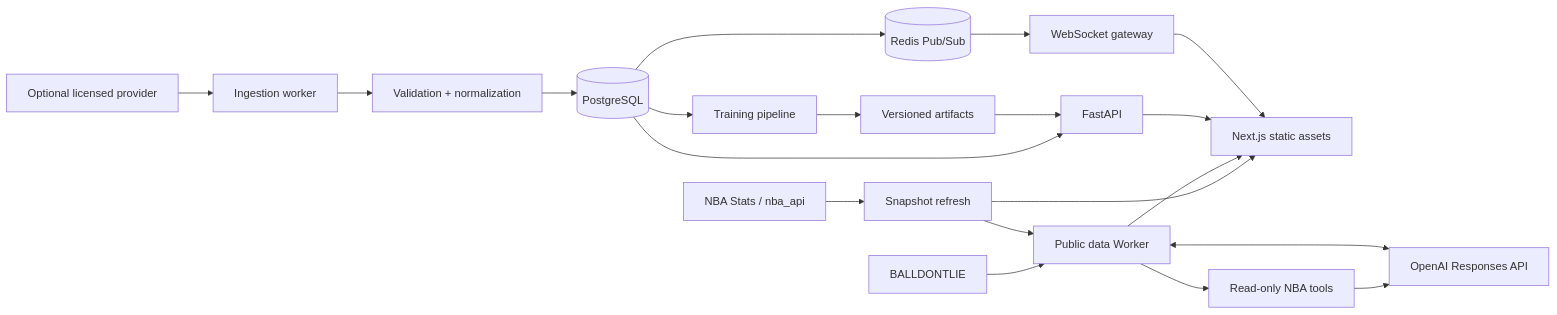
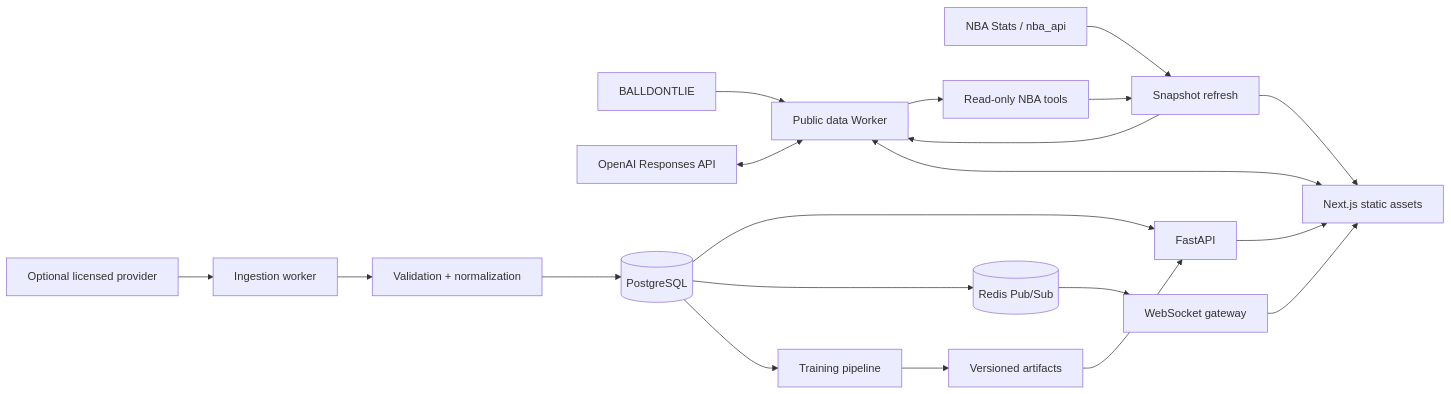
One commit to jonxsong/CourtVision changed the diagram in ARCHITECTURE.md. Above: the diagram before and after it, drawn with Mermaid. The commit also changed other lines of this file and 3 other files, not shown here.

Commit message:
docs: align architecture with Ask CV

````diff
--- a/ARCHITECTURE.md
+++ b/ARCHITECTURE.md
@@ -9,22 +9,22 @@
 ```mermaid
 flowchart LR
     B[BALLDONTLIE] --> W[Public data Worker]
     N[NBA Stats / nba_api] --> S[Snapshot refresh]
     S --> W
     S --> WEB[Next.js static assets]
-    W --> WEB
+    WEB <--> W
     O[OpenAI Responses API] <--> W
     P[Optional licensed provider] --> I[Ingestion worker]
     I --> V[Validation + normalization]
     V --> PG[(PostgreSQL)]
     PG --> API[FastAPI]
     API --> WEB
     PG --> R[(Redis Pub/Sub)]
     R --> WS[WebSocket gateway]
     WS --> WEB
     PG --> ML[Training pipeline]
     ML --> A[Versioned artifacts]
     A --> API
     W --> T[Read-only NBA tools]
-    T --> O
+    T --> S
 ```
````
